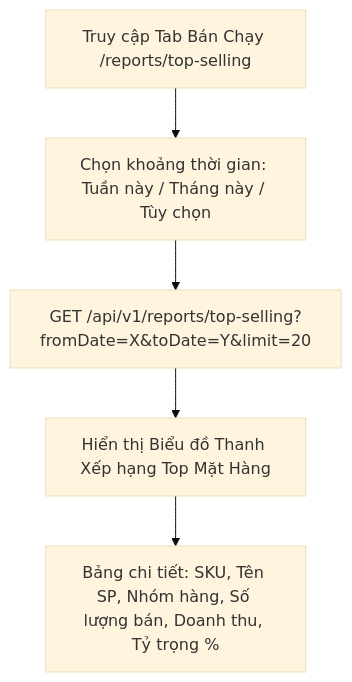
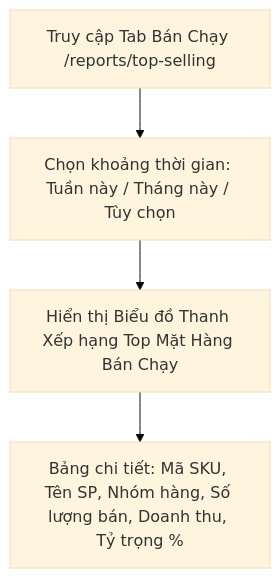
One commit to lean1835/BanHangViet changed diagram 20 of 34 in architecture/full_screen_activity_flows.md. Above: the diagram before and after it, drawn with Mermaid (base theme). The commit also changed other lines of this file, not shown here.

Commit message:
refactor(docs): update full_screen_activity_flows to pure UI/UX screen activity flows

````diff
--- a/architecture/full_screen_activity_flows.md
+++ b/architecture/full_screen_activity_flows.md
@@ -543,7 +508,6 @@
 ```mermaid
 flowchart TD
     Start[Truy cập Tab Bán Chạy /reports/top-selling] --> SelectDate[Chọn khoảng thời gian: Tuần này / Tháng này / Tùy chọn]
-    SelectDate --> FetchTopSellers[GET /api/v1/reports/top-selling?fromDate=X&toDate=Y&limit=20]
-    FetchTopSellers --> RenderChart[Hiển thị Biểu đồ Thanh Xếp hạng Top Mặt Hàng]
-    RenderChart --> RenderTable[Bảng chi tiết: SKU, Tên SP, Nhóm hàng, Số lượng bán, Doanh thu, Tỷ trọng %]
+    SelectDate --> RenderChart[Hiển thị Biểu đồ Thanh Xếp hạng Top Mặt Hàng Bán Chạy]
+    RenderChart --> RenderTable[Bảng chi tiết: Mã SKU, Tên SP, Nhóm hàng, Số lượng bán, Doanh thu, Tỷ trọng %]
 ```
````
